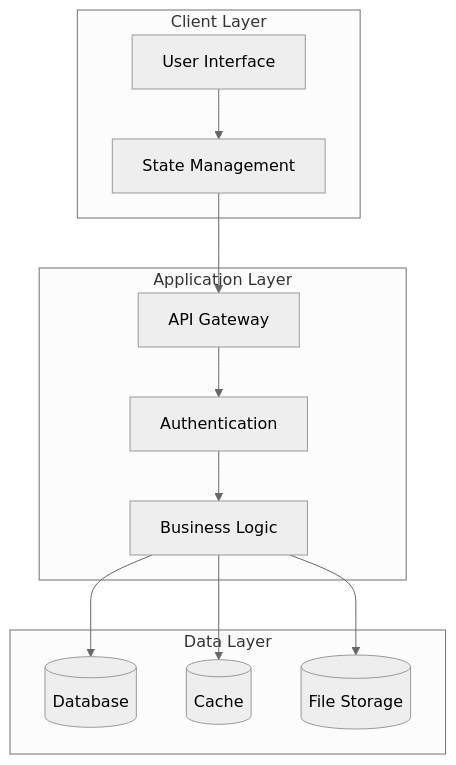
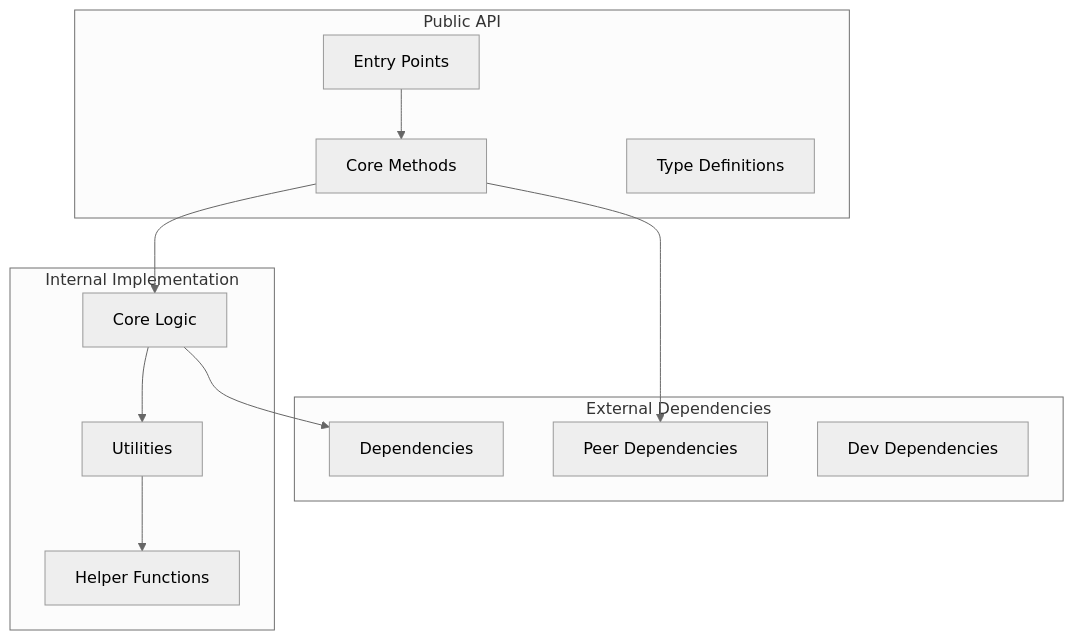
Before and after one commit to xincheng213618/OpenDeepWiki: the first of 10 diagrams in src/KoalaWiki/Prompts/Warehouse/GenerateDocsApplications.md, drawn with Mermaid (neutral theme). The commit also changed other lines of this file and 8 other files, not shown here.

````diff
--- a/src/KoalaWiki/Prompts/Warehouse/GenerateDocsApplications.md
+++ b/src/KoalaWiki/Prompts/Warehouse/GenerateDocsApplications.md
@@ -141,27 +100,24 @@
 ```mermaid
 graph TB
-    subgraph "Client Layer"
-        UI[User Interface]
-        STATE[State Management]
+    subgraph "Public API"
+        ENTRY[Entry Points]
+        METHODS[Core Methods]
+        TYPES[Type Definitions]
     end
-    
-    subgraph "Application Layer"
-        API[API Gateway]
-        AUTH[Authentication]
-        BL[Business Logic]
+    subgraph "Internal Implementation"
+        CORE[Core Logic]
+        UTILS[Utilities]
+        HELPERS[Helper Functions]
     end
-    
-    subgraph "Data Layer"
-        DB[(Database)]
-        CACHE[(Cache)]
-        FILES[(File Storage)]
+    subgraph "External Dependencies"
+        DEPS[Dependencies]
+        PEER[Peer Dependencies]
+        DEV[Dev Dependencies]
     end
-    
-    UI --> STATE
-    STATE --> API
-    API --> AUTH
-    AUTH --> BL
-    BL --> DB
-    BL --> CACHE
-    BL --> FILES
+    ENTRY --> METHODS
+    METHODS --> CORE
+    CORE --> UTILS
+    UTILS --> HELPERS
+    CORE --> DEPS
+    METHODS --> PEER
 ```
````
